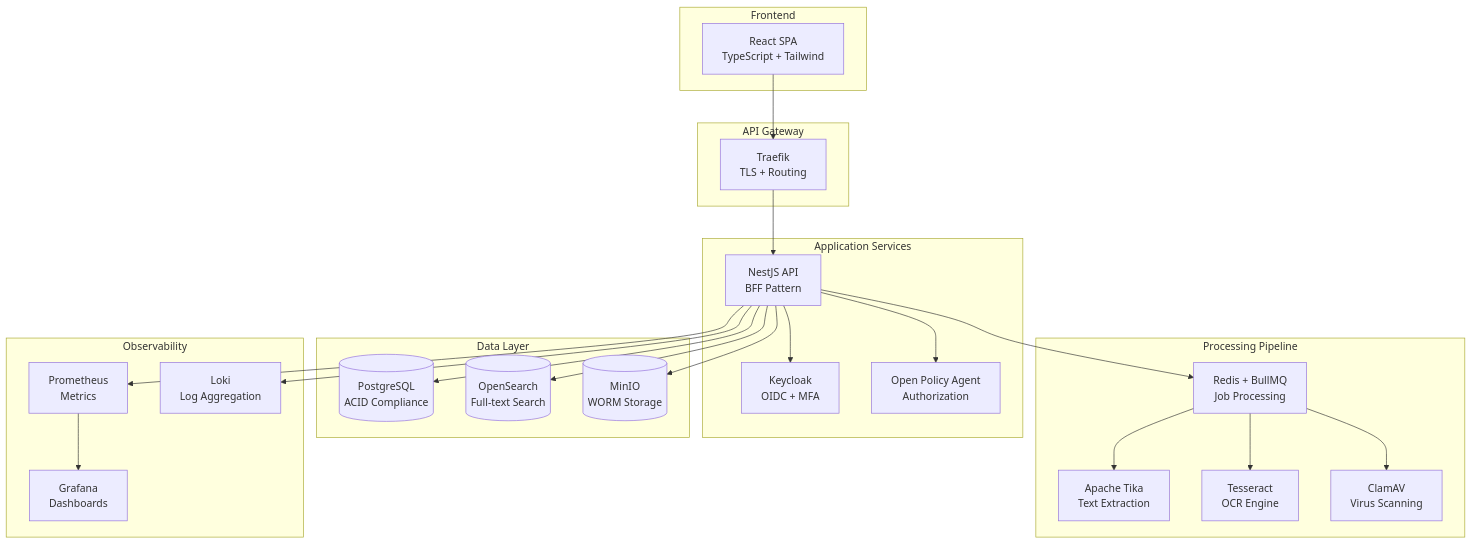
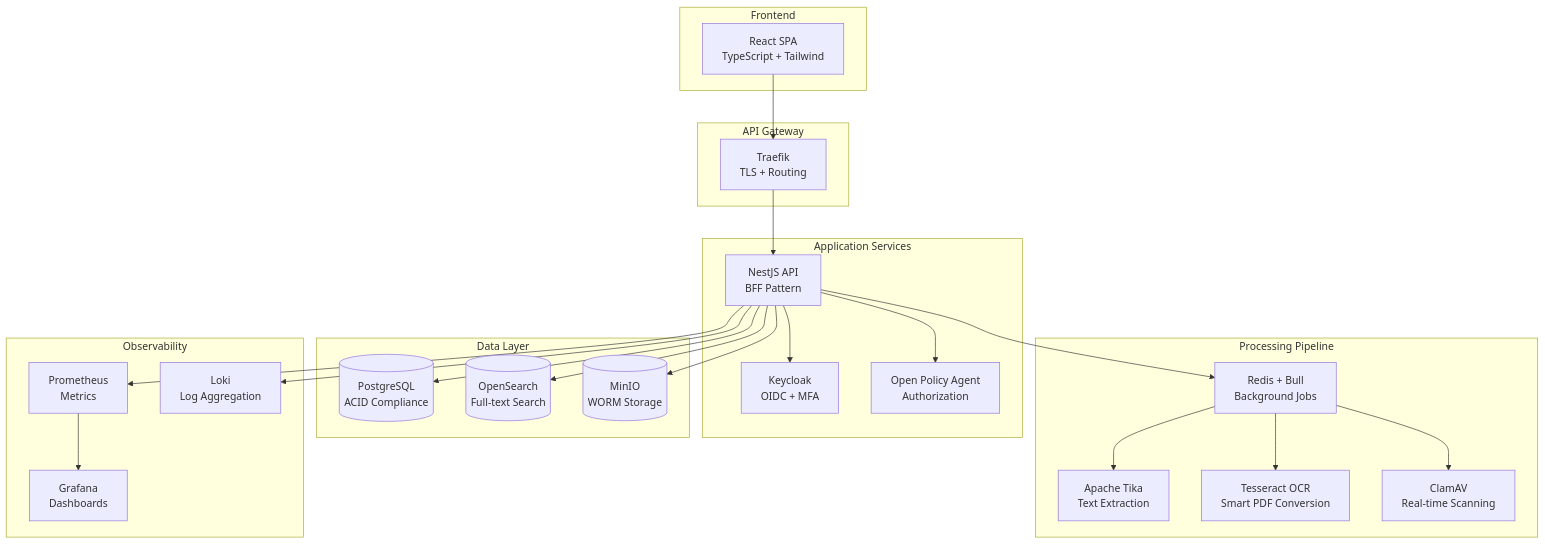
The diagram in README.md (stevenmcsorley/Private-Legal-DMS), drawn with Mermaid before and after one commit. The commit also changed other lines of this file and 11 other files, not shown here.

Commit message:
ocr and image to pdf feature added viruis scan of files

````diff
--- a/README.md
+++ b/README.md
@@ -159,50 +163,50 @@
 ```mermaid
 graph TB
     subgraph "Frontend"
         UI[React SPA<br/>TypeScript + Tailwind]
     end
     
     subgraph "API Gateway"
         GW[Traefik<br/>TLS + Routing]
     end
     
     subgraph "Application Services"
         API[NestJS API<br/>BFF Pattern]
         AUTH[Keycloak<br/>OIDC + MFA]
         OPA[Open Policy Agent<br/>Authorization]
     end
     
     subgraph "Data Layer"
         DB[(PostgreSQL<br/>ACID Compliance)]
         SEARCH[(OpenSearch<br/>Full-text Search)]
         STORAGE[(MinIO<br/>WORM Storage)]
     end
     
     subgraph "Processing Pipeline"
-        QUEUE[Redis + BullMQ<br/>Job Processing]
+        QUEUE[Redis + Bull<br/>Background Jobs]
         TIKA[Apache Tika<br/>Text Extraction]
-        OCR[Tesseract<br/>OCR Engine]
-        AV[ClamAV<br/>Virus Scanning]
+        OCR[Tesseract OCR<br/>Smart PDF Conversion]
+        AV[ClamAV<br/>Real-time Scanning]
     end
     
     subgraph "Observability"
         PROM[Prometheus<br/>Metrics]
         GRAF[Grafana<br/>Dashboards]
         LOKI[Loki<br/>Log Aggregation]
     end
     
     UI --> GW
     GW --> API
     API --> AUTH
     API --> OPA
     API --> DB
     API --> SEARCH
     API --> STORAGE
     API --> QUEUE
     QUEUE --> TIKA
     QUEUE --> OCR
     QUEUE --> AV
     API --> PROM
     PROM --> GRAF
     API --> LOKI
 ```
````
